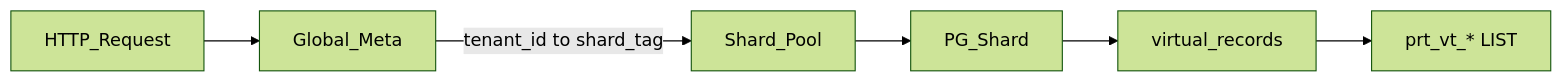
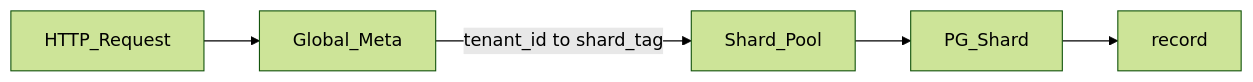
Before and after one commit to monoposer/lowcode-database: the diagram in docs/architecture/virtual-records.md, drawn with Mermaid (forest theme). The commit also changed other lines of this file and 66 other files, not shown here.

Commit message:
refactor: meta-only migrate, drop record LIST partitions, simplify tenant bootstrap

````diff
--- a/docs/architecture/virtual-records.md
+++ b/docs/architecture/virtual-records.md
@@ -22,8 +22,7 @@
 ```mermaid
 flowchart LR
   req[HTTP_Request] --> meta[Global_Meta]
   meta -->|"tenant_id to shard_tag"| pool[Shard_Pool]
   pool --> shard[PG_Shard]
-  shard --> parent[virtual_records]
-  parent --> part["prt_vt_* LIST"]
+  shard --> rec[record]
 ```
````
